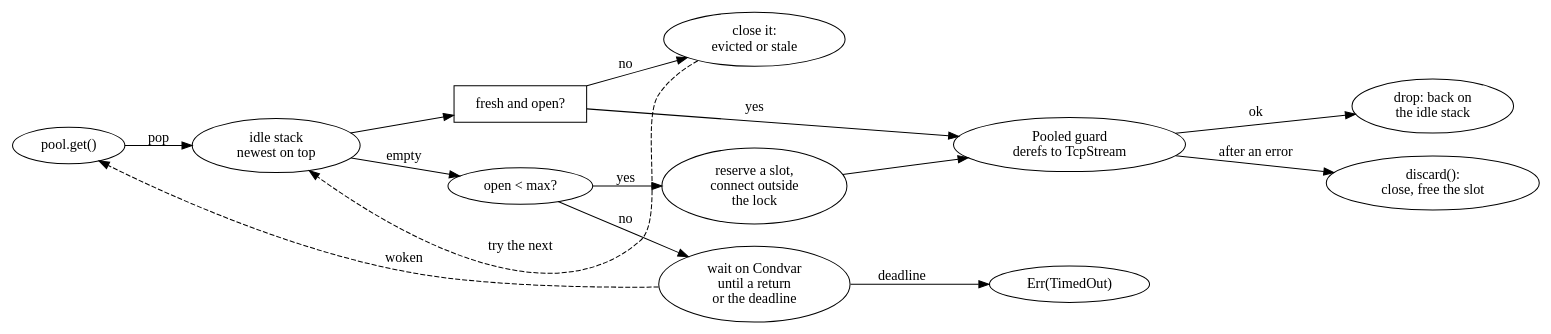
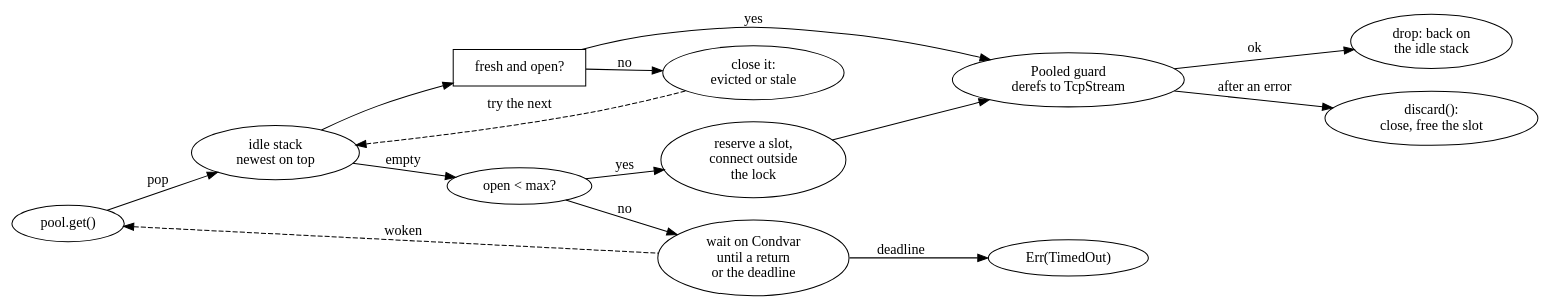
The diagram in cracking-the-systems-programming-interview/diagrams/ch29-pool.dot (arpanpathak/cracking-the-systems-programming-interview), drawn with Graphviz before and after one commit. The commit also changed 30 other files, not shown here.

```diff
--- a/cracking-the-systems-programming-interview/diagrams/ch29-pool.dot
+++ b/cracking-the-systems-programming-interview/diagrams/ch29-pool.dot
@@ -1,27 +1,27 @@
 digraph pool {
   rankdir=LR; nodesep=0.3; ranksep=0.5;
   get [label="pool.get()" fillcolor="#e6ecf6"];
   idle [label="idle stack\nnewest on top" fillcolor="#e3f1ea"];
   fresh [label="fresh and open?" shape=box];
   drop1 [label="close it:\nevicted or stale" fillcolor="#fbe3d6"];
   room [label="open < max?"];
   connect [label="reserve a slot,\nconnect outside\nthe lock"];
   wait [label="wait on Condvar\nuntil a return\nor the deadline" fillcolor="#e8eaf5"];
   err [label="Err(TimedOut)" fillcolor="#fbe3d6"];
   guard [label="Pooled guard\nderefs to TcpStream" fillcolor="#fdf6e8"];
   back [label="drop: back on\nthe idle stack"];
   discard [label="discard():\nclose, free the slot" fillcolor="#fbe3d6"];
   get -> idle [label=" pop"];
   idle -> fresh;
   fresh -> guard [label=" yes"];
   fresh -> drop1 [label=" no"];
-  drop1 -> idle [label=" try the next" style=dashed constraint=false];
+  idle -> drop1 [dir=back label=" try the next" style=dashed];
   idle -> room [label=" empty"];
   room -> connect [label=" yes"];
   connect -> guard;
   room -> wait [label=" no"];
-  wait -> get [label=" woken" style=dashed constraint=false];
+  get -> wait [dir=back label=" woken" style=dashed];
   wait -> err [label=" deadline"];
   guard -> back [label=" ok"];
   guard -> discard [label=" after an error"];
 }
```
